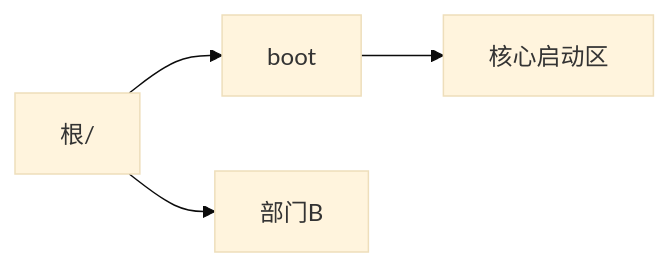
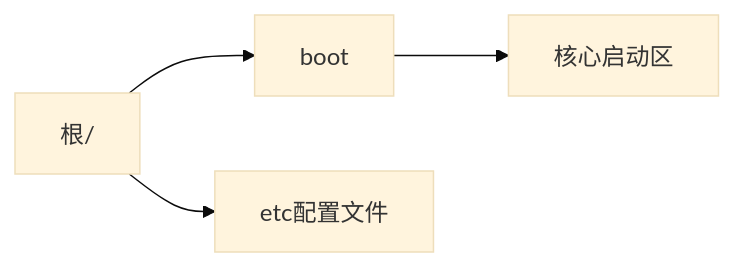
One commit to wanghao0409/ComputerNote changed the diagram in Linux.md. Above: the diagram before and after it, drawn with Mermaid (base theme).

Commit message:
vault backup: 2026-02-24 09:15:53

````diff
--- a/Linux.md
+++ b/Linux.md
@@ -10,8 +10,8 @@
 ```mermaid
 graph LR
     Root[根/] --> boot[boot]
-    Root --> B[部门B]
+    Root --> etc[etc配置文件]
     boot --> boot-c[核心启动区]
 	
 
 ```
````
